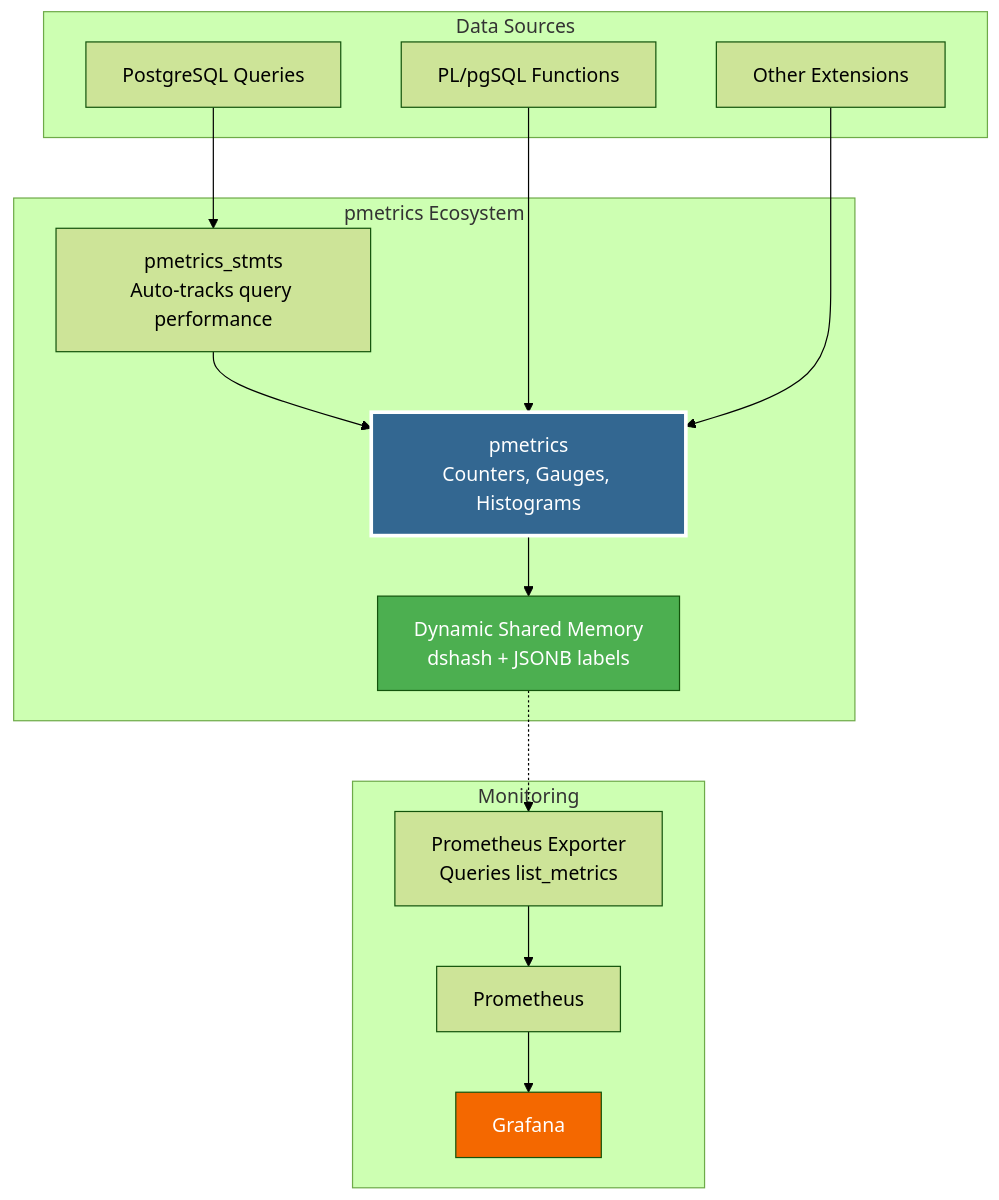
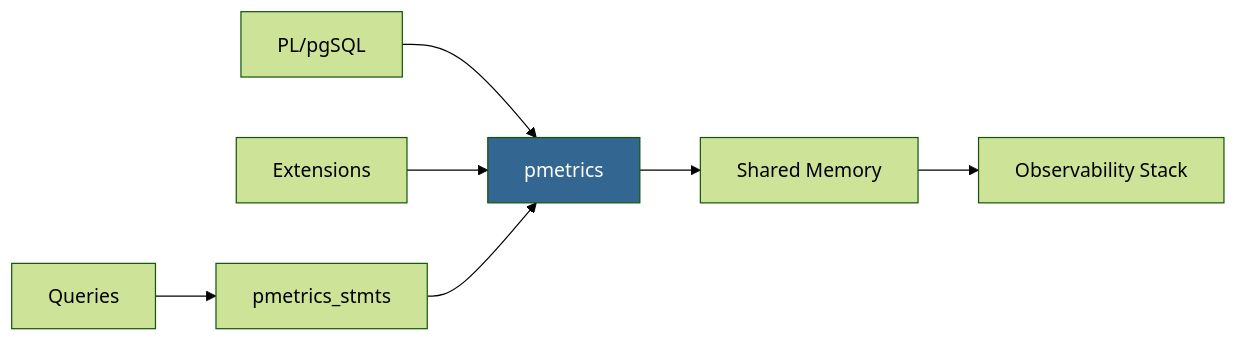
The diagram in README.md (v0idpwn-industries/pmetrics), drawn with Mermaid (forest theme) before and after one commit.

````diff
--- a/README.md
+++ b/README.md
@@ -7,34 +7,11 @@
 ```mermaid
-graph TB
-    subgraph "Data Sources"
-        Q[PostgreSQL Queries]
-        PL[PL/pgSQL Functions]
-        EXT[Other Extensions]
-    end
+graph LR
+    Q[Queries] --> S[pmetrics_stmts]
+    P[PL/pgSQL] --> C[pmetrics]
+    E[Extensions] --> C
+    S --> C
+    C --> D[Shared Memory]
+    D --> O[Observability Stack]
 
-    subgraph "pmetrics Ecosystem"
-        STMTS[pmetrics_stmts<br/>Auto-tracks query performance]
-        CORE[pmetrics<br/>Counters, Gauges, Histograms]
-        DSM[Dynamic Shared Memory<br/>dshash + JSONB labels]
-    end
-
-    subgraph "Monitoring"
-        EXP[Prometheus Exporter<br/>Queries list_metrics]
-        PROM[Prometheus]
-        GRAF[Grafana]
-    end
-
-    Q --> STMTS
-    STMTS --> CORE
-    PL --> CORE
-    EXT --> CORE
-    CORE --> DSM
-
-    DSM -.-> EXP
-    EXP --> PROM
-    PROM --> GRAF
-
-    style CORE fill:#336791,stroke:#fff,stroke-width:3px,color:#fff
-    style DSM fill:#4CAF50,color:#fff
-    style GRAF fill:#F46800,color:#fff
+    style C fill:#336791,color:#fff
 ```
````
